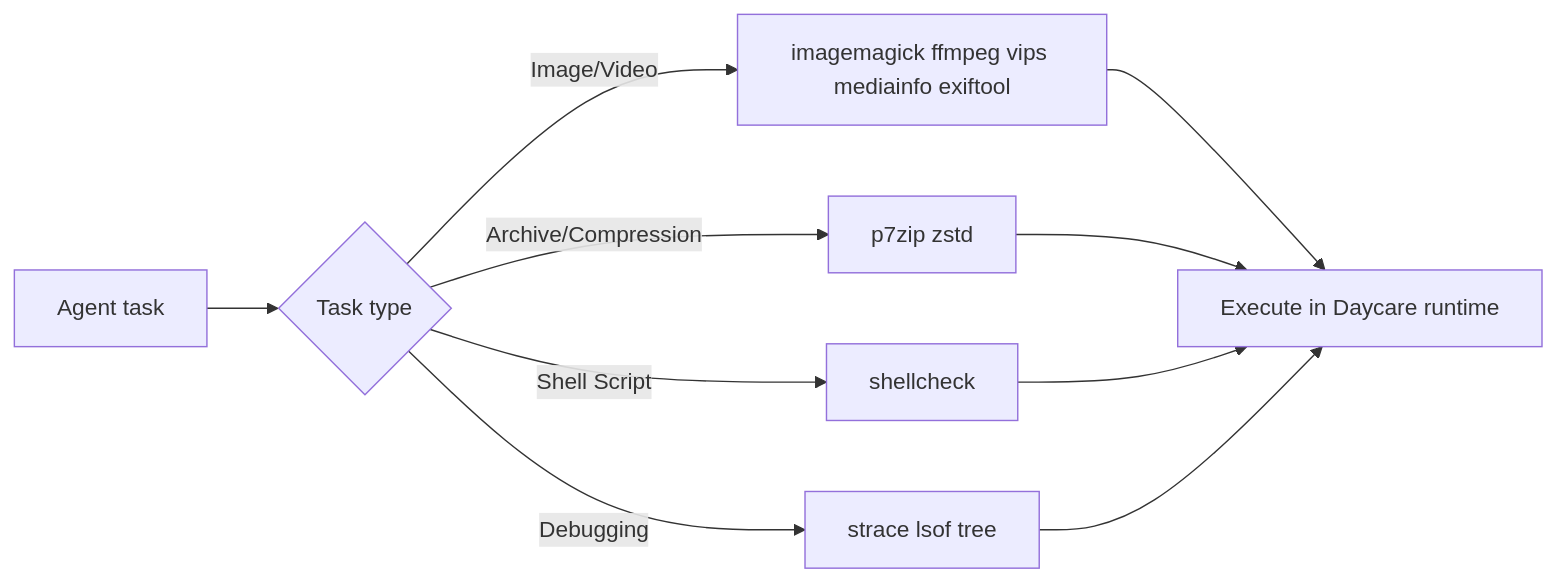
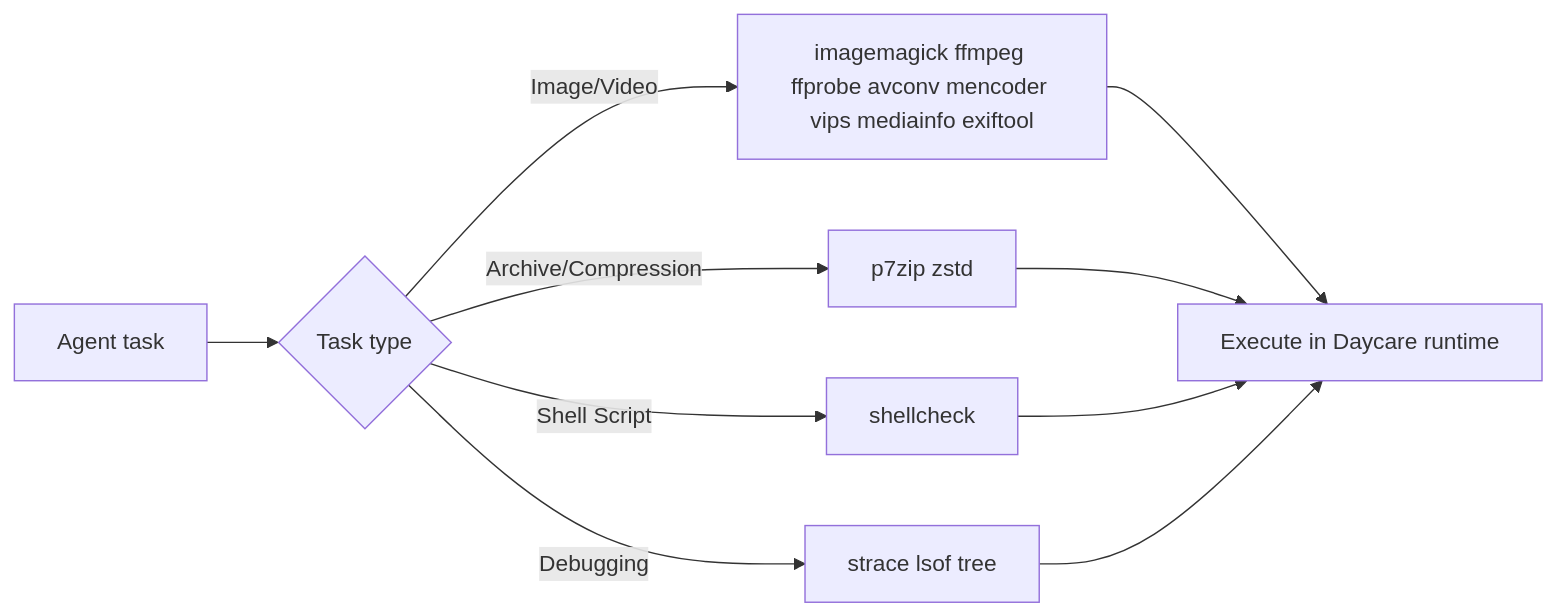
One commit to ex3ndr/daycare changed the diagram in doc/20260227-runtime-tooling-bundle.md. Above: the diagram before and after it, drawn with Mermaid. The commit also changed other lines of this file and 2 other files, not shown here.

Commit message:
feat(runtime): add mencoder and video cli compatibility links

````diff
--- a/doc/20260227-runtime-tooling-bundle.md
+++ b/doc/20260227-runtime-tooling-bundle.md
@@ -24,12 +28,12 @@
 ```mermaid
 flowchart LR
     A[Agent task] --> B{Task type}
-    B -->|Image/Video| C[imagemagick ffmpeg vips mediainfo exiftool]
+    B -->|Image/Video| C[imagemagick ffmpeg ffprobe avconv mencoder vips mediainfo exiftool]
     B -->|Archive/Compression| D[p7zip zstd]
     B -->|Shell Script| E[shellcheck]
     B -->|Debugging| F[strace lsof tree]
     C --> G[Execute in Daycare runtime]
     D --> G
     E --> G
     F --> G
 ```
````
